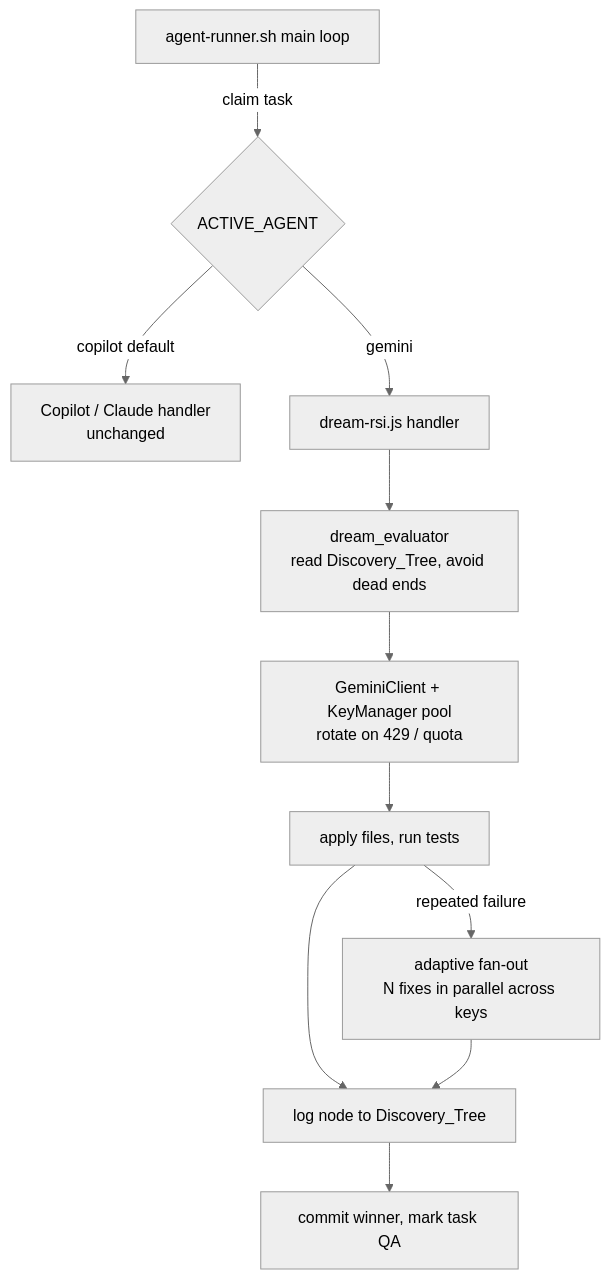
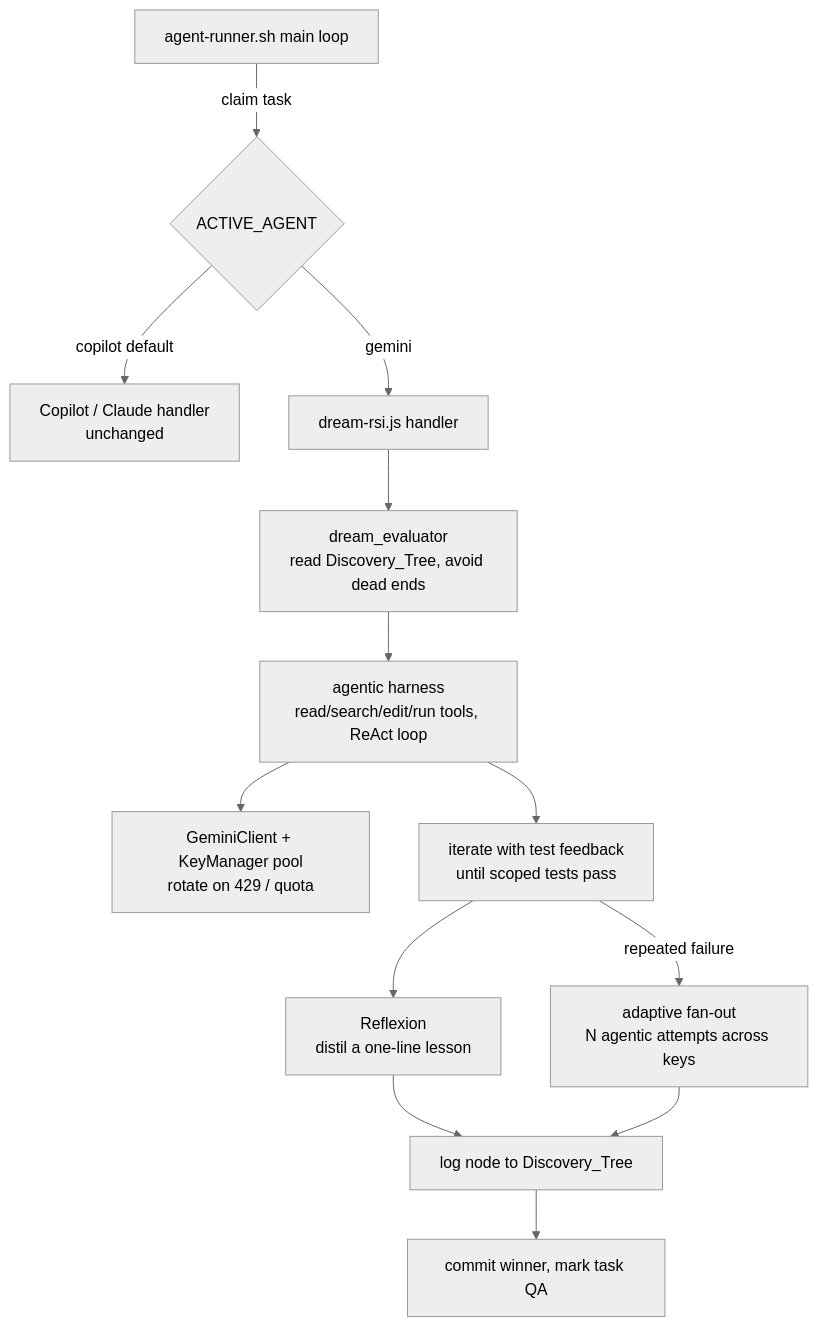
The diagram in docs/dream-rsi.md (tekjanson/Waymark), drawn with Mermaid (neutral theme) before and after one commit. The commit also changed other lines of this file and 7 other files, not shown here.

First line of the commit message:
feat(dev-worker): upgrade Gemini engine to an agentic coding harness

````diff
--- a/docs/dream-rsi.md
+++ b/docs/dream-rsi.md
@@ -17,13 +17,15 @@
 ```mermaid
 flowchart TD
     A[agent-runner.sh main loop] -->|claim task| B{ACTIVE_AGENT}
     B -->|copilot default| C[Copilot / Claude handler<br/>unchanged]
     B -->|gemini| D[dream-rsi.js handler]
     D --> E[dream_evaluator<br/>read Discovery_Tree, avoid dead ends]
-    E --> F[GeminiClient + KeyManager pool<br/>rotate on 429 / quota]
-    F --> G[apply files, run tests]
-    G -->|repeated failure| H[adaptive fan-out<br/>N fixes in parallel across keys]
-    G --> I[log node to Discovery_Tree]
+    E --> F[agentic harness<br/>read/search/edit/run tools, ReAct loop]
+    F --> K[GeminiClient + KeyManager pool<br/>rotate on 429 / quota]
+    F --> G[iterate with test feedback<br/>until scoped tests pass]
+    G -->|repeated failure| H[adaptive fan-out<br/>N agentic attempts across keys]
+    G --> R[Reflexion<br/>distil a one-line lesson]
+    R --> I[log node to Discovery_Tree]
     H --> I
     I --> J[commit winner, mark task QA]
 ```
````
